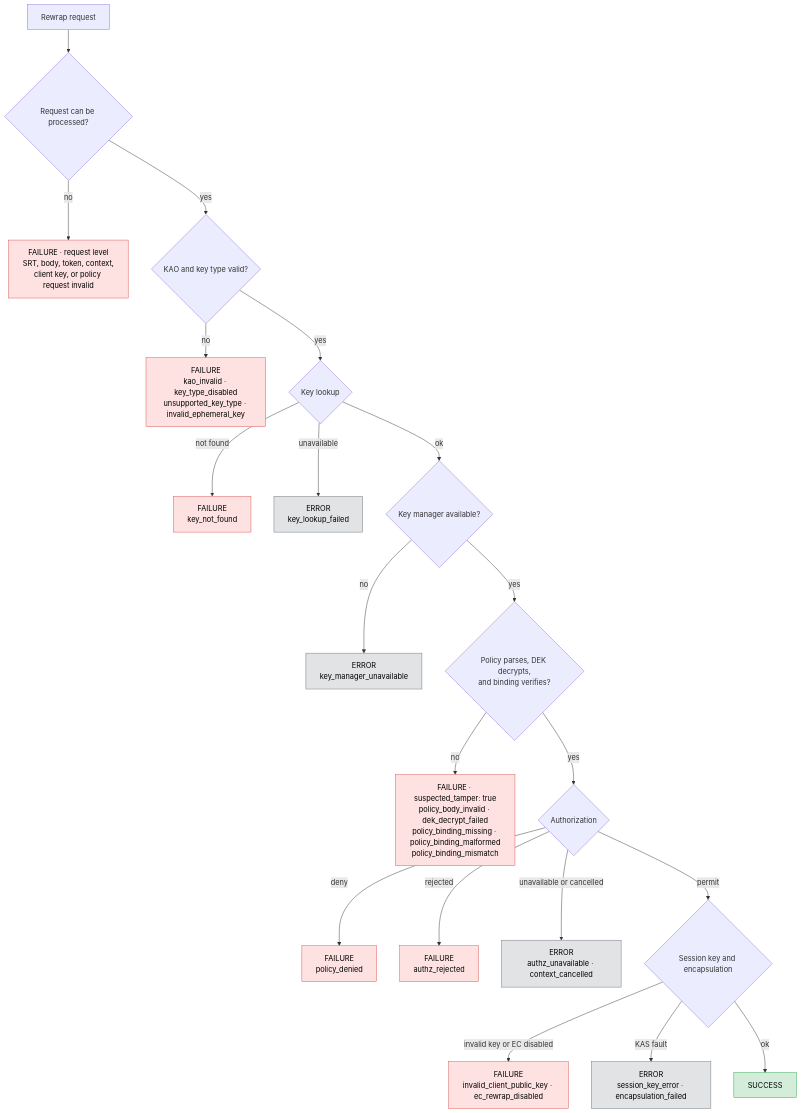
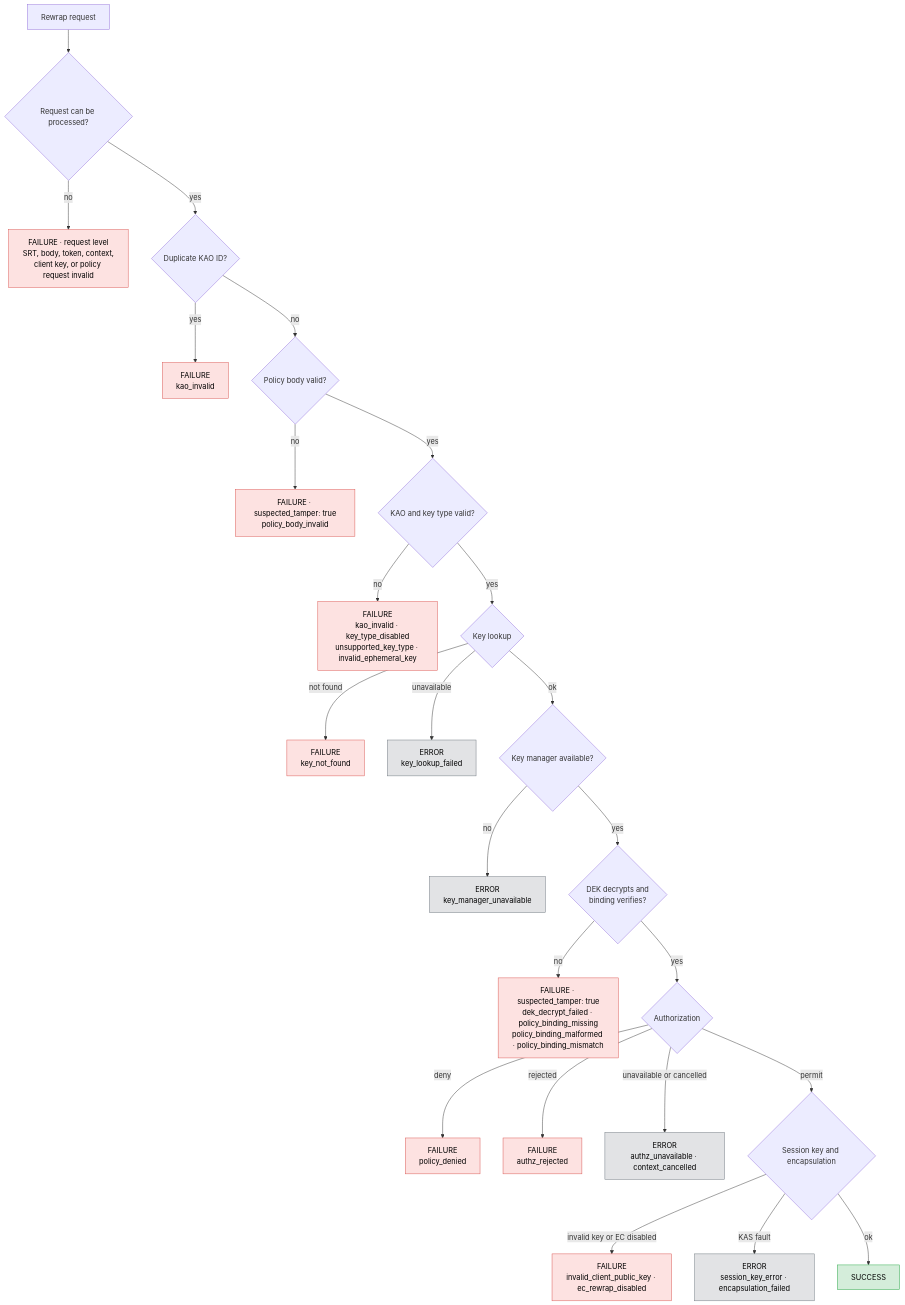
The diagram in service/kas/access/REWRAP_AUDIT.md (opentdf/platform), drawn with Mermaid before and after one commit. The commit also changed other lines of this file and 3 other files, not shown here.

````diff
--- a/service/kas/access/REWRAP_AUDIT.md
+++ b/service/kas/access/REWRAP_AUDIT.md
@@ -9,29 +9,33 @@
 ```mermaid
 flowchart TD
     A[Rewrap request] --> B{Request can be processed?}
     B -->|no| F1["FAILURE · request level<br/>SRT, body, token, context,<br/>client key, or policy request invalid"]
-    B -->|yes| C{"KAO and key type valid?"}
-    C -->|no| F2["FAILURE<br/>kao_invalid · key_type_disabled<br/>unsupported_key_type · invalid_ephemeral_key"]
-    C -->|yes| K{Key lookup}
+    B -->|yes| C{Duplicate KAO ID?}
+    C -->|yes| F2A["FAILURE<br/>kao_invalid"]
+    C -->|no| P{Policy body valid?}
+    P -->|no| F3A["FAILURE · suspected_tamper: true<br/>policy_body_invalid"]
+    P -->|yes| V{"KAO and key type valid?"}
+    V -->|no| F2["FAILURE<br/>kao_invalid · key_type_disabled<br/>unsupported_key_type · invalid_ephemeral_key"]
+    V -->|yes| K{Key lookup}
     K -->|not found| F7["FAILURE<br/>key_not_found"]
     K -->|unavailable| E0["ERROR<br/>key_lookup_failed"]
     K -->|ok| M{Key manager available?}
     M -->|no| E3["ERROR<br/>key_manager_unavailable"]
-    M -->|yes| D{"Policy parses, DEK decrypts,<br/>and binding verifies?"}
-    D -->|no| F3["FAILURE · suspected_tamper: true<br/>policy_body_invalid · dek_decrypt_failed<br/>policy_binding_missing · policy_binding_malformed<br/>policy_binding_mismatch"]
+    M -->|yes| D{"DEK decrypts and<br/>binding verifies?"}
+    D -->|no| F3["FAILURE · suspected_tamper: true<br/>dek_decrypt_failed · policy_binding_missing<br/>policy_binding_malformed · policy_binding_mismatch"]
     D -->|yes| E{Authorization}
     E -->|deny| F4["FAILURE<br/>policy_denied"]
     E -->|rejected| F5["FAILURE<br/>authz_rejected"]
     E -->|unavailable or cancelled| E1["ERROR<br/>authz_unavailable · context_cancelled"]
     E -->|permit| G{Session key and encapsulation}
     G -->|invalid key or EC disabled| F6["FAILURE<br/>invalid_client_public_key · ec_rewrap_disabled"]
     G -->|KAS fault| E2["ERROR<br/>session_key_error · encapsulation_failed"]
     G -->|ok| S[SUCCESS]
 
     classDef success fill:#d4edda,stroke:#28a745,color:#000
     classDef failure fill:#fde2e1,stroke:#d9534f,color:#000
     classDef error fill:#e2e3e5,stroke:#6c757d,color:#000
     class S success
-    class F1,F2,F3,F4,F5,F6,F7 failure
+    class F1,F2,F2A,F3,F3A,F4,F5,F6,F7 failure
     class E0,E1,E2,E3 error
 ```
````
